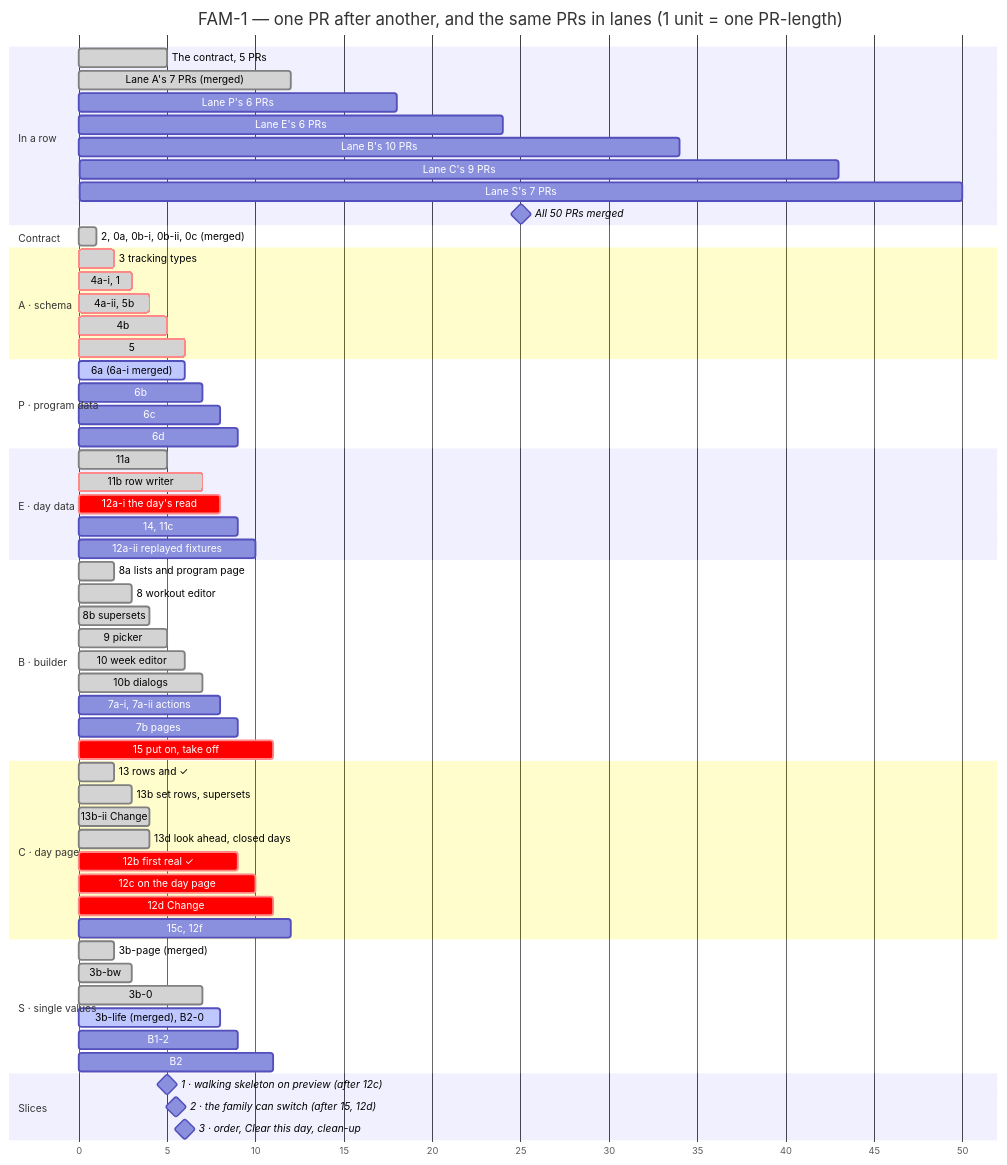
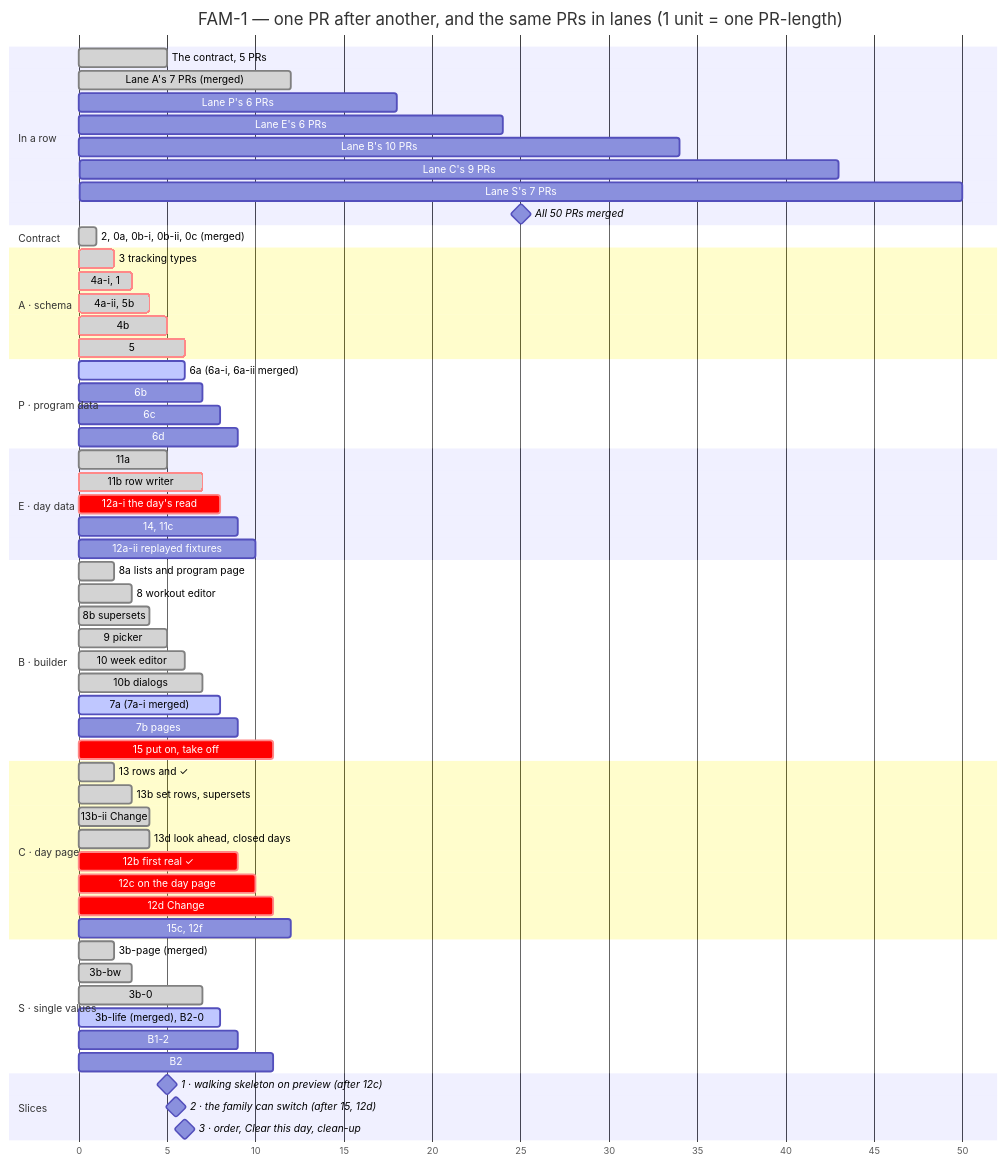
The second of 2 diagrams in docs/milestones/fam-1-family-program.md (ralamode/mat-plan), drawn with Mermaid before and after one commit. The commit also changed other lines of this file and 18 other files, not shown here.

````diff
--- a/docs/milestones/fam-1-family-program.md
+++ b/docs/milestones/fam-1-family-program.md
@@ -258,74 +258,74 @@
 ```mermaid
 gantt
   title FAM-1 — one PR after another, and the same PRs in lanes (1 unit = one PR-length)
   dateFormat X
   axisFormat %s
   todayMarker off
 
   section In a row
   The contract, 5 PRs          :done, r0, 0, 5
   Lane A's 7 PRs (merged)      :done, r1, 5, 12
   Lane P's 6 PRs               :r2, 12, 18
   Lane E's 6 PRs               :r3, 18, 24
   Lane B's 10 PRs              :r4, 24, 34
   Lane C's 9 PRs               :r5, 34, 43
   Lane S's 7 PRs               :r6, 43, 50
   All 50 PRs merged            :milestone, rm, 50, 50
 
   section Contract
   2, 0a, 0b-i, 0b-ii, 0c (merged) :done, c0, 0, 1
 
   section A · schema
   3 tracking types             :crit, done, a1, 1, 2
   4a-i, 1                      :crit, done, a2, 2, 3
   4a-ii, 5b                    :crit, done, a3, 3, 4
   4b                           :crit, done, a4, 4, 5
   5                            :crit, done, a5, 5, 6
 
   section P · program data
-  6a (6a-i merged)             :active, p1, 5, 6
+  6a (6a-i, 6a-ii merged)      :active, p1, 5, 6
   6b                           :p2, 6, 7
   6c                           :p3, 7, 8
   6d                           :p4, 8, 9
 
   section E · day data
   11a                          :done, e1, 4, 5
   11b row writer               :crit, done, e2, 5, 7
   12a-i the day's read         :crit, e3, 7, 8
   14, 11c                      :e4, 8, 9
   12a-ii replayed fixtures     :e5, 9, 10
 
   section B · builder
   8a lists and program page    :done, b1, 1, 2
   8 workout editor             :done, b2, 2, 3
   8b supersets                 :done, b3, 3, 4
   9 picker                     :done, b4, 4, 5
   10 week editor               :done, b5, 5, 6
   10b dialogs                  :done, b6, 6, 7
-  7a-i, 7a-ii actions          :b7, 7, 8
+  7a (7a-i merged)             :active, b7, 7, 8
   7b pages                     :b8, 8, 9
   15 put on, take off          :crit, b9, 10, 11
 
   section C · day page
   13 rows and ✓                :done, c1, 1, 2
   13b set rows, supersets      :done, c2, 2, 3
   13b-ii Change                :done, c2b, 3, 4
   13d look ahead, closed days  :done, c3, 3, 4
   12b first real ✓             :crit, c4, 8, 9
   12c on the day page          :crit, c5, 9, 10
   12d Change                   :crit, c6, 10, 11
   15c, 12f                     :c7, 11, 12
 
   section S · single values
   3b-page (merged)             :done, s1, 1, 2
   3b-bw                        :done, s2, 2, 3
   3b-0                         :done, s3, 6, 7
   3b-life (merged), B2-0       :active, s4, 7, 8
   B1-2                         :s5, 8, 9
   B2                           :s6, 10, 11
 
   section Slices
   1 · walking skeleton on preview (after 12c) :milestone, m1, 10, 10
   2 · the family can switch (after 15, 12d)   :milestone, m2, 11, 11
   3 · order, Clear this day, clean-up         :milestone, m3, 12, 12
 ```
````
